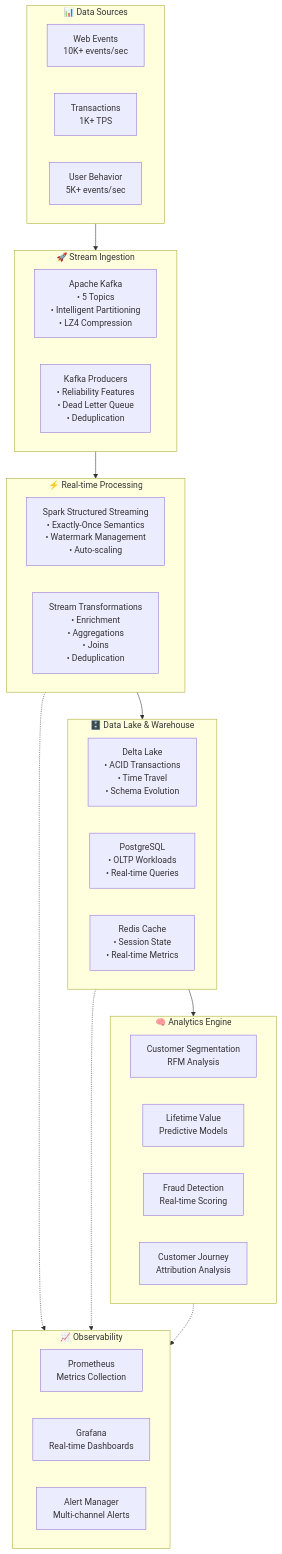
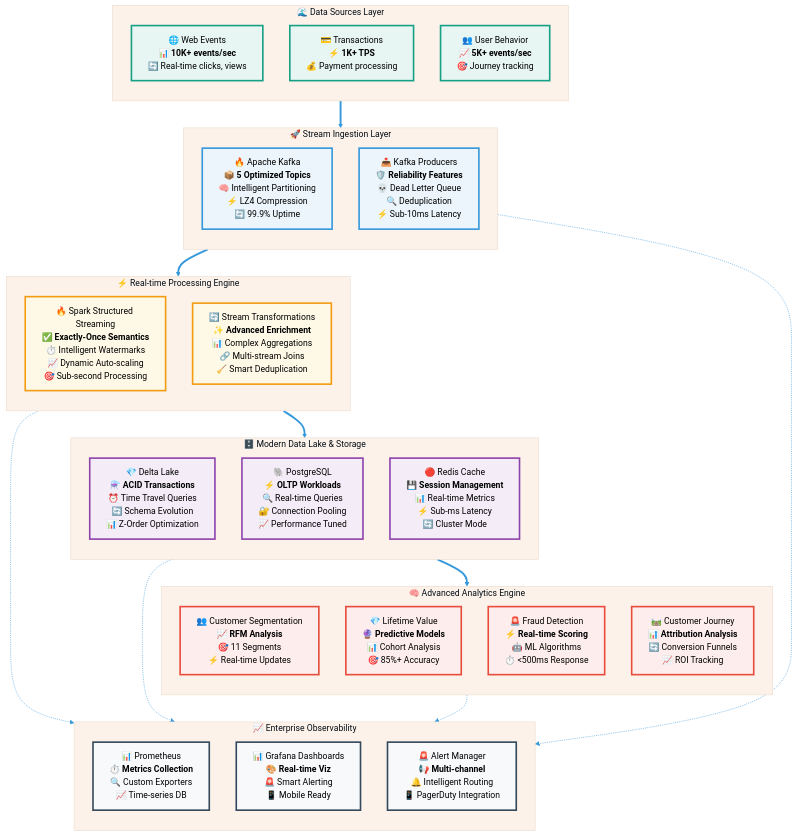
Before and after one commit to joaoblasques/e-commerce-analytics-platform: the diagram in README.md, drawn with Mermaid.

Commit message:
feat: enhance real-time streaming architecture diagram with professional styling
- Added comprehensive color theming with professional palette
- Enhanced visual hierarchy with distinct layer colors
- Added detailed performance metrics and capabilities for each component
- Improved component descriptions with key features and metrics
- Added enhanced emoji icons for better visual appeal
- Implemented sophisticated styling with stroke widths and colors
- Added monitoring connections from all layers for complete observability
- Professional presentation suitable for technical documentation

Architecture now showcases:
🌊 Data Sources (10K+ events/sec capability)
🚀 Stream Ingestion (Kafka with 99.9% uptime)
⚡ Processing Engine (Sub-second Spark streaming)
🗄️ Modern Storage (Delta Lake with ACID transactions)
🧠 Analytics Engine (ML-powered with <500ms response)
📈 Enterprise Observability (Complete monitoring stack)

🤖 Generated with [Claude Code](https://claude.ai/code)

````diff
--- a/README.md
+++ b/README.md
@@ -95,46 +95,88 @@
 ```mermaid
+%%{init: {
+  'theme': 'base',
+  'themeVariables': {
+    'primaryBackground': '#2E86C1',
+    'primaryText': '#ffffff',
+    'primaryBorderColor': '#1B4F72',
+    'lineColor': '#3498DB',
+    'backgroundColor': '#F8F9FA',
+    'secondaryColor': '#E8F8F5',
+    'tertiaryColor': '#FDF2E9'
+  }
+}}%%
 flowchart TB
-    subgraph Sources["📊 Data Sources"]
-        WEB[Web Events<br/>10K+ events/sec]
-        TXN[Transactions<br/>1K+ TPS]
-        USER[User Behavior<br/>5K+ events/sec]
+    %% Data Sources
+    subgraph Sources["🌊 Data Sources Layer"]
+        direction TB
+        WEB["🌐 Web Events<br/>📊 <b>10K+ events/sec</b><br/>🔄 Real-time clicks, views"]
+        TXN["💳 Transactions<br/>⚡ <b>1K+ TPS</b><br/>💰 Payment processing"]
+        USER["👥 User Behavior<br/>📈 <b>5K+ events/sec</b><br/>🎯 Journey tracking"]
     end
 
-    subgraph Ingestion["🚀 Stream Ingestion"]
-        KAFKA[Apache Kafka<br/>• 5 Topics<br/>• Intelligent Partitioning<br/>• LZ4 Compression]
-        PRODUCERS[Kafka Producers<br/>• Reliability Features<br/>• Dead Letter Queue<br/>• Deduplication]
+    %% Stream Ingestion
+    subgraph Ingestion["🚀 Stream Ingestion Layer"]
+        direction TB
+        KAFKA["🔥 Apache Kafka<br/>📦 <b>5 Optimized Topics</b><br/>🧠 Intelligent Partitioning<br/>⚡ LZ4 Compression<br/>🔄 99.9% Uptime"]
+        PRODUCERS["📤 Kafka Producers<br/>🛡️ <b>Reliability Features</b><br/>💀 Dead Letter Queue<br/>🔍 Deduplication<br/>⚡ Sub-10ms Latency"]
     end
 
-    subgraph Processing["⚡ Real-time Processing"]
-        SPARK[Spark Structured Streaming<br/>• Exactly-Once Semantics<br/>• Watermark Management<br/>• Auto-scaling]
-        TRANSFORMS[Stream Transformations<br/>• Enrichment<br/>• Aggregations<br/>• Joins<br/>• Deduplication]
+    %% Real-time Processing
+    subgraph Processing["⚡ Real-time Processing Engine"]
+        direction TB
+        SPARK["🔥 Spark Structured Streaming<br/>✅ <b>Exactly-Once Semantics</b><br/>⏱️ Intelligent Watermarks<br/>📈 Dynamic Auto-scaling<br/>🎯 Sub-second Processing"]
+        TRANSFORMS["🔄 Stream Transformations<br/>✨ <b>Advanced Enrichment</b><br/>📊 Complex Aggregations<br/>🔗 Multi-stream Joins<br/>🧹 Smart Deduplication"]
     end
 
-    subgraph Storage["🗄️ Data Lake & Warehouse"]
-        DELTA[Delta Lake<br/>• ACID Transactions<br/>• Time Travel<br/>• Schema Evolution]
-        POSTGRES[PostgreSQL<br/>• OLTP Workloads<br/>• Real-time Queries]
-        REDIS[Redis Cache<br/>• Session State<br/>• Real-time Metrics]
+    %% Storage Layer
+    subgraph Storage["🗄️ Modern Data Lake & Storage"]
+        direction TB
+        DELTA["💎 Delta Lake<br/>⚗️ <b>ACID Transactions</b><br/>⏰ Time Travel Queries<br/>🔄 Schema Evolution<br/>📊 Z-Order Optimization"]
+        POSTGRES["🐘 PostgreSQL<br/>⚡ <b>OLTP Workloads</b><br/>🔍 Real-time Queries<br/>🔐 Connection Pooling<br/>📈 Performance Tuned"]
+        REDIS["🔴 Redis Cache<br/>💾 <b>Session Management</b><br/>📊 Real-time Metrics<br/>⚡ Sub-ms Latency<br/>🔄 Cluster Mode"]
     end
 
-    subgraph Analytics["🧠 Analytics Engine"]
-        RFM[Customer Segmentation<br/>RFM Analysis]
-        CLV[Lifetime Value<br/>Predictive Models]
-        FRAUD[Fraud Detection<br/>Real-time Scoring]
-        JOURNEY[Customer Journey<br/>Attribution Analysis]
+    %% Analytics Engine
+    subgraph Analytics["🧠 Advanced Analytics Engine"]
+        direction TB
+        RFM["👥 Customer Segmentation<br/>📈 <b>RFM Analysis</b><br/>🎯 11 Segments<br/>⚡ Real-time Updates"]
+        CLV["💎 Lifetime Value<br/>🔮 <b>Predictive Models</b><br/>📊 Cohort Analysis<br/>🎯 85%+ Accuracy"]
+        FRAUD["🚨 Fraud Detection<br/>⚡ <b>Real-time Scoring</b><br/>🤖 ML Algorithms<br/>⏱️ <500ms Response"]
+        JOURNEY["🛤️ Customer Journey<br/>📊 <b>Attribution Analysis</b><br/>🔄 Conversion Funnels<br/>📈 ROI Tracking"]
     end
 
-    subgraph Monitoring["📈 Observability"]
-        PROMETHEUS[Prometheus<br/>Metrics Collection]
-        GRAFANA[Grafana<br/>Real-time Dashboards]
-        ALERTS[Alert Manager<br/>Multi-channel Alerts]
+    %% Monitoring & Observability
+    subgraph Monitoring["📈 Enterprise Observability"]
+        direction TB
+        PROMETHEUS["📊 Prometheus<br/>⏱️ <b>Metrics Collection</b><br/>🔍 Custom Exporters<br/>📈 Time-series DB"]
+        GRAFANA["📊 Grafana Dashboards<br/>🎨 <b>Real-time Viz</b><br/>🚨 Smart Alerting<br/>📱 Mobile Ready"]
+        ALERTS["🚨 Alert Manager<br/>📢 <b>Multi-channel</b><br/>🔔 Intelligent Routing<br/>📱 PagerDuty Integration"]
     end
 
-    Sources --> Ingestion
-    Ingestion --> Processing
-    Processing --> Storage
-    Storage --> Analytics
+    %% Enhanced Flow Connections
+    Sources ==> Ingestion
+    Ingestion ==> Processing
+    Processing ==> Storage
+    Storage ==> Analytics
 
+    %% Monitoring Connections
     Processing -.-> Monitoring
     Storage -.-> Monitoring
     Analytics -.-> Monitoring
+    Ingestion -.-> Monitoring
+
+    %% Styling
+    classDef sourceStyle fill:#E8F6F3,stroke:#16A085,stroke-width:3px,color:#000
+    classDef ingestionStyle fill:#EBF5FB,stroke:#3498DB,stroke-width:3px,color:#000
+    classDef processStyle fill:#FEF9E7,stroke:#F39C12,stroke-width:3px,color:#000
+    classDef storageStyle fill:#F4ECF7,stroke:#8E44AD,stroke-width:3px,color:#000
+    classDef analyticsStyle fill:#FDEDEC,stroke:#E74C3C,stroke-width:3px,color:#000
+    classDef monitorStyle fill:#F8F9FA,stroke:#34495E,stroke-width:3px,color:#000
+
+    class WEB,TXN,USER sourceStyle
+    class KAFKA,PRODUCERS ingestionStyle
+    class SPARK,TRANSFORMS processStyle
+    class DELTA,POSTGRES,REDIS storageStyle
+    class RFM,CLV,FRAUD,JOURNEY analyticsStyle
+    class PROMETHEUS,GRAFANA,ALERTS monitorStyle
 ```
````
